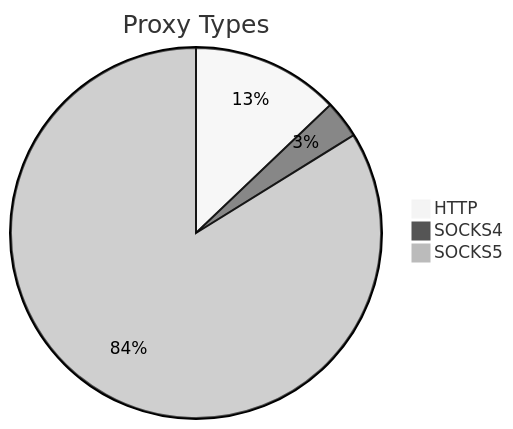
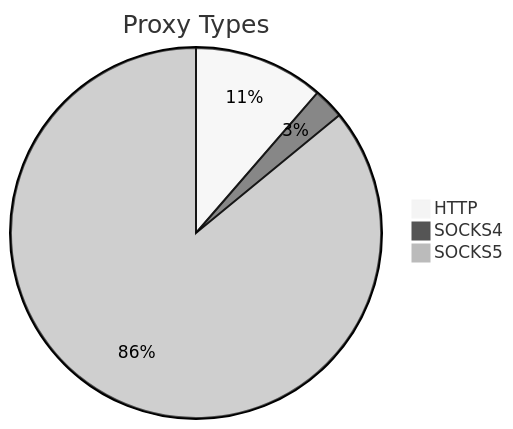
Before and after one commit to stormsia/proxy-list: the first of 2 diagrams in README.md, drawn with Mermaid (neutral theme). The commit also changed other lines of this file, not shown here.

````diff
--- a/README.md
+++ b/README.md
@@ -21,6 +21,6 @@
 ```mermaid
 pie title Proxy Types
-    "HTTP" : 94
-    "SOCKS4" : 24
-    "SOCKS5" : 612
+    "HTTP" : 76
+    "SOCKS4" : 18
+    "SOCKS5" : 575
 ```
````
